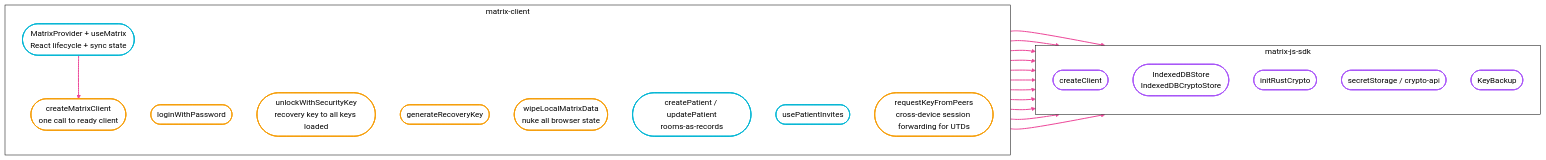
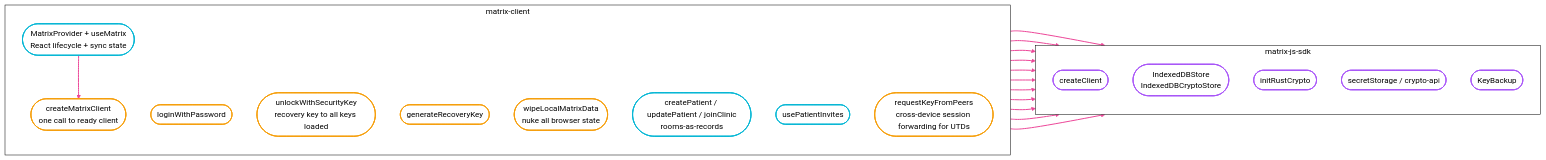
One commit to quochuydev/matrix-e2e-emr changed the first of 5 diagrams in packages/matrix-client/README.md. Above: the diagram before and after it, drawn with Mermaid. The commit also changed other lines of this file and 1 other file, not shown here.

Commit message:
docs(diagrams): sync READMEs with joinClinic + image attachments
Add patient explore/join-clinics feature node and joinClinic to the
layer graph, plus an m.image encrypted-attachment node to the patient
room data model.

````diff
--- a/packages/matrix-client/README.md
+++ b/packages/matrix-client/README.md
@@ -27,43 +27,43 @@
 ```mermaid
 %%{init: {'theme':'base','themeVariables':{'background':'#ffffff','primaryColor':'#ffffff','primaryTextColor':'#000000','primaryBorderColor':'#000000','lineColor':'#ec4899','clusterBkg':'#ffffff','clusterBorder':'#000000','fontFamily':'system-ui'}}}%%
 flowchart LR
   subgraph PKG["matrix-client"]
     direction TB
     B1(["createMatrixClient<br/>one call to ready client"]):::orange
     B2(["loginWithPassword"]):::orange
     B3(["unlockWithSecurityKey<br/>recovery key to all keys loaded"]):::orange
     B4(["generateRecoveryKey"]):::orange
     B5(["wipeLocalMatrixData<br/>nuke all browser state"]):::orange
     B6(["MatrixProvider + useMatrix<br/>React lifecycle + sync state"]):::cyan
-    B7(["createPatient / updatePatient<br/>rooms-as-records"]):::cyan
+    B7(["createPatient / updatePatient / joinClinic<br/>rooms-as-records"]):::cyan
     B8(["usePatientInvites"]):::cyan
     B9(["requestKeyFromPeers<br/>cross-device session forwarding for UTDs"]):::orange
   end
 
   subgraph SDK["matrix-js-sdk"]
     direction TB
     A1(["createClient"]):::purple
     A2(["IndexedDBStore<br/>IndexedDBCryptoStore"]):::purple
     A3(["initRustCrypto"]):::purple
     A4(["secretStorage / crypto-api"]):::purple
     A5(["KeyBackup"]):::purple
   end
 
   B1 --> A1
   B1 --> A2
   B1 --> A3
   B1 --> A5
   B2 --> A1
   B3 --> A4
   B3 --> A5
   B4 --> A4
   B7 --> A1
   B6 --> B1
   B9 --> A4
   B9 --> A1
 
   classDef orange fill:#ffffff,stroke:#f59e0b,stroke-width:2px,color:#000000
   classDef cyan fill:#ffffff,stroke:#06b6d4,stroke-width:2px,color:#000000
   classDef purple fill:#ffffff,stroke:#a855f7,stroke-width:2px,color:#000000
   linkStyle default stroke:#ec4899,stroke-width:2px
 ```
````
